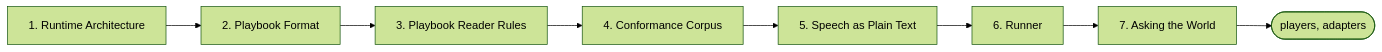
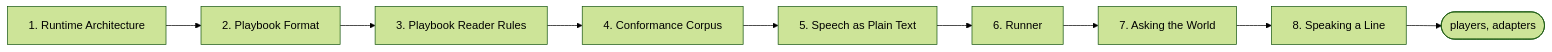
One commit to pengzhengyi/dialoguedown changed the second of 3 diagrams in docs/contributing/design-notes/README.md. Above: the diagram before and after it, drawn with Mermaid (forest theme). The commit also changed other lines of this file and 69 other files, not shown here.

````diff
--- a/docs/contributing/design-notes/README.md
+++ b/docs/contributing/design-notes/README.md
@@ -109,10 +109,11 @@
 ```mermaid
 flowchart LR
     RA["1. Runtime Architecture"] --> PF["2. Playbook Format"]
     PF --> RR["3. Playbook Reader Rules"]
     RR --> CC["4. Conformance Corpus"]
     CC --> SPT["5. Speech as Plain Text"]
     SPT --> RN["6. Runner"]
     RN --> AW["7. Asking the World"]
-    AW --> RUN(["players, adapters"])
+    AW --> SL["8. Speaking a Line"]
+    SL --> RUN(["players, adapters"])
 ```
````
